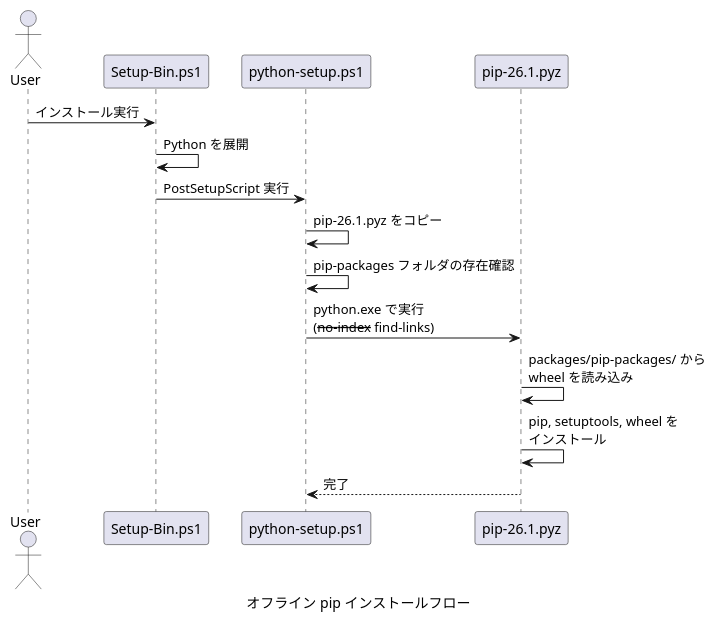
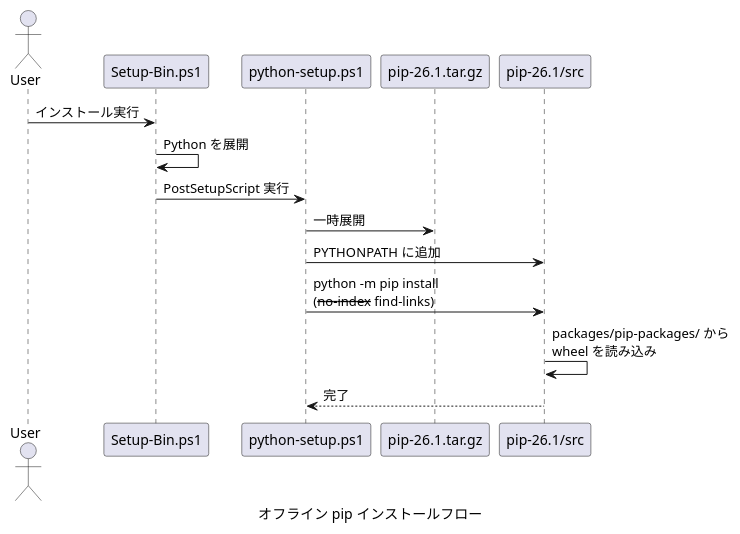
One commit to Hondarer/devbin-win changed the third of 4 diagrams in docs-src/offline-pip-design.md. Above: the diagram before and after it, drawn with PlantUML. The commit also changed other lines of this file and 6 other files, not shown here.

````diff
--- a/docs-src/offline-pip-design.md
+++ b/docs-src/offline-pip-design.md
@@ -263,21 +121,19 @@
 ```plantuml
 @startuml オフライン pip インストールフロー
 caption オフライン pip インストールフロー
 actor User
 participant "Setup-Bin.ps1" as Setup
 participant "python-setup.ps1" as PySetup
-participant "pip-26.1.pyz" as GetPip
+participant "pip-26.1.tar.gz" as PipSrc
+participant "pip-26.1/src" as PipModule
 
 User -> Setup: インストール実行
-
 Setup -> Setup: Python を展開
 Setup -> PySetup: PostSetupScript 実行
-
-PySetup -> PySetup: pip-26.1.pyz をコピー
-PySetup -> PySetup: pip-packages フォルダの存在確認
-PySetup -> GetPip: python.exe で実行\n(--no-index --find-links)
-GetPip -> GetPip: packages/pip-packages/ から\nwheel を読み込み
-GetPip -> GetPip: pip, setuptools, wheel を\nインストール
-GetPip --> PySetup: 完了
+PySetup -> PipSrc: 一時展開
+PySetup -> PipModule: PYTHONPATH に追加
+PySetup -> PipModule: python -m pip install\n(--no-index --find-links)
+PipModule -> PipModule: packages/pip-packages/ から\nwheel を読み込み
+PipModule --> PySetup: 完了
 @enduml
 ```
````
